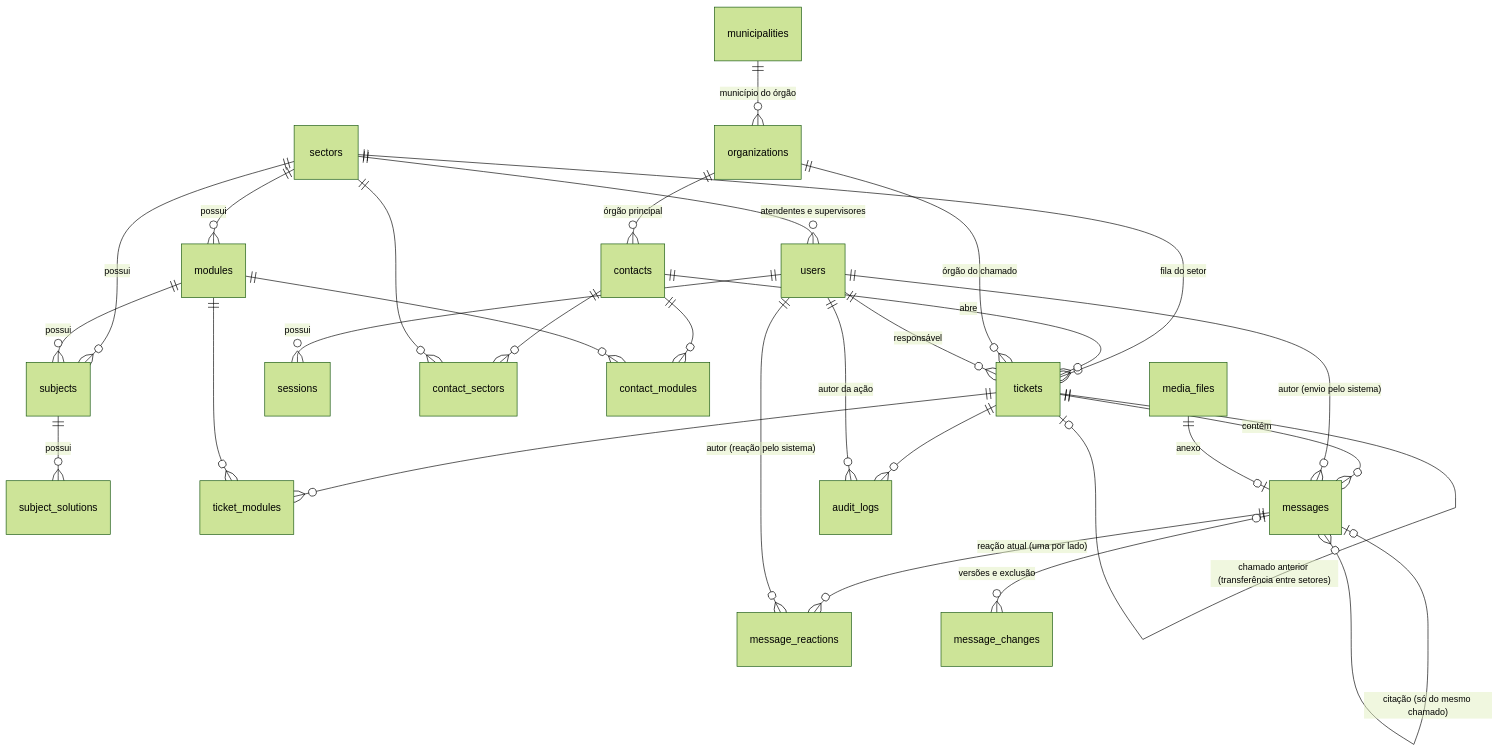
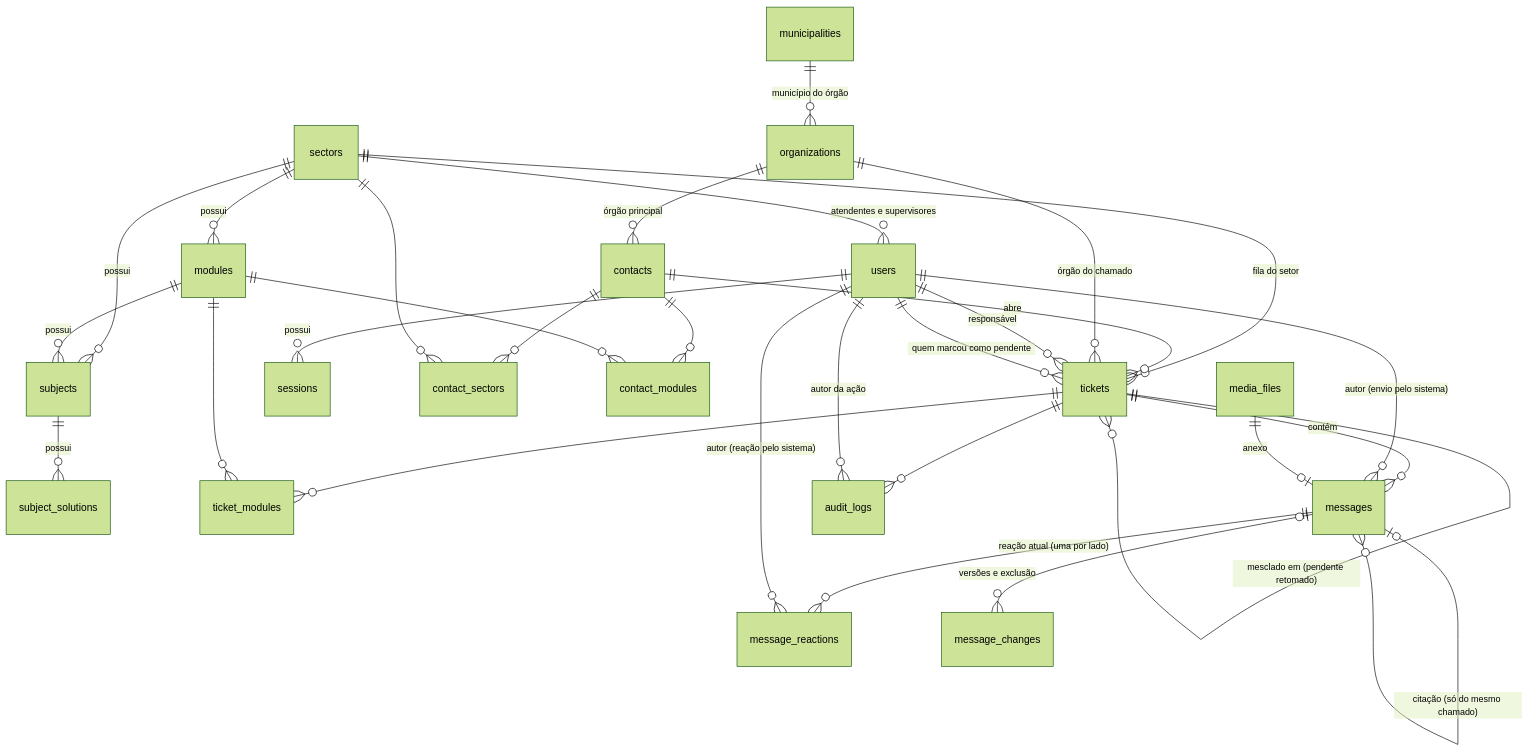
The first of 2 diagrams in docs/data-model.md (gcaspp-labs/xet), drawn with Mermaid (forest theme) before and after one commit. The commit also changed other lines of this file and 1 other file, not shown here.

Commit message:
docs: chamado pendente e mesclado no modelo de dados e no glossário

````diff
--- a/docs/data-model.md
+++ b/docs/data-model.md
@@ -24,31 +24,33 @@
 ```mermaid
 erDiagram
     sectors ||--o{ users : "atendentes e supervisores"
     sectors ||--o{ modules : possui
     sectors ||--o{ tickets : "fila do setor"
     sectors ||--o{ subjects : possui
     modules ||--o{ subjects : possui
     subjects ||--o{ subject_solutions : possui
     users ||--o{ sessions : possui
     municipalities ||--o{ organizations : "município do órgão"
     organizations ||--o{ contacts : "órgão principal"
     contacts ||--o{ tickets : abre
     contacts ||--o{ contact_sectors : ""
     sectors ||--o{ contact_sectors : ""
     contacts ||--o{ contact_modules : ""
     modules ||--o{ contact_modules : ""
     organizations ||--o{ tickets : "órgão do chamado"
     users ||--o{ tickets : "responsável"
     tickets ||--o| tickets : "chamado anterior (transferência entre setores)"
+    tickets ||--o{ tickets : "mesclado em (pendente retomado)"
+    users ||--o{ tickets : "quem marcou como pendente"
     tickets ||--o{ ticket_modules : ""
     modules ||--o{ ticket_modules : ""
     tickets ||--o{ messages : contém
     users ||--o{ messages : "autor (envio pelo sistema)"
     media_files ||--o| messages : anexo
     messages ||--o{ message_reactions : "reação atual (uma por lado)"
     messages |o--o{ message_changes : "versões e exclusão"
     messages |o--o{ messages : "citação (só do mesmo chamado)"
     users ||--o{ message_reactions : "autor (reação pelo sistema)"
     tickets ||--o{ audit_logs : ""
     users ||--o{ audit_logs : "autor da ação"
 ```
````
